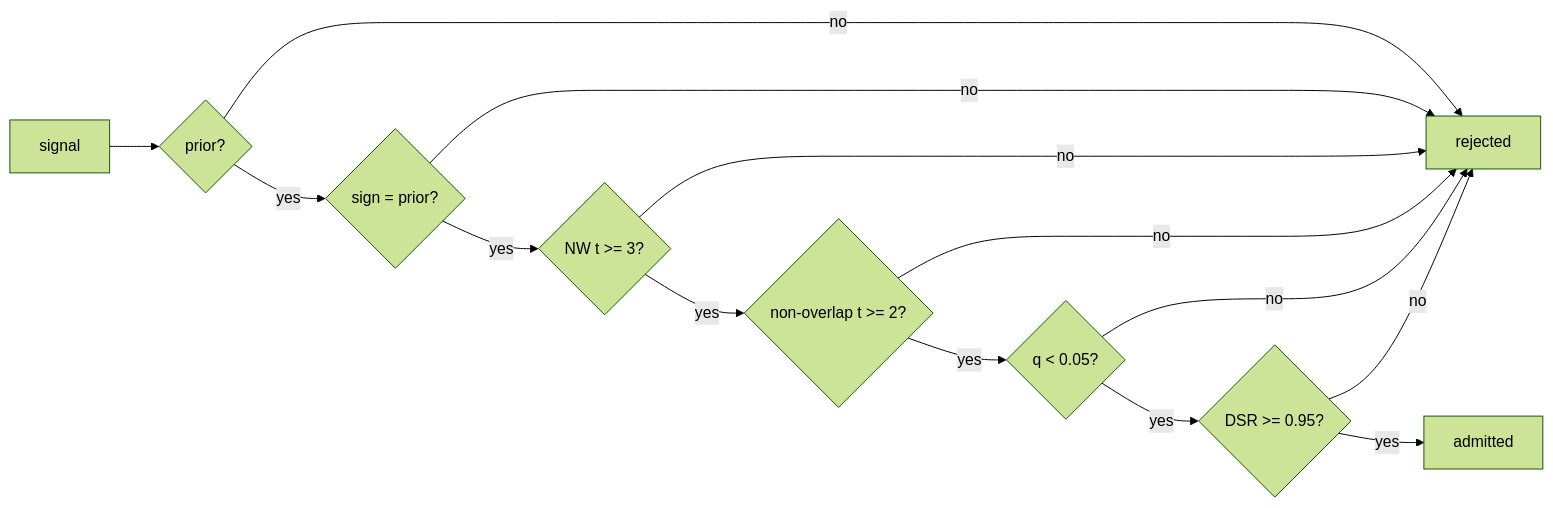
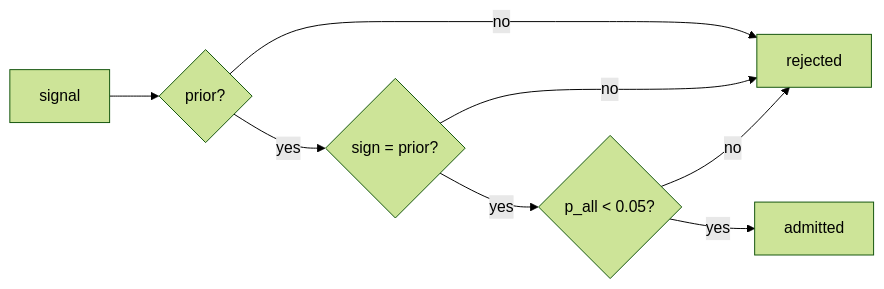
One commit to qlemoal/quant_alpha_lab changed the first of 3 diagrams in docs/selection.md. Above: the diagram before and after it, drawn with Mermaid (forest theme). The commit also changed other lines of this file and 55 other files, not shown here.

````diff
--- a/docs/selection.md
+++ b/docs/selection.md
@@ -15,16 +15,10 @@
 ```mermaid
 flowchart LR
     S[signal] --> G1{prior?}
     G1 -- no --> X[rejected]
     G1 -- yes --> G2{sign = prior?}
     G2 -- no --> X
-    G2 -- yes --> G3{NW t >= 3?}
+    G2 -- yes --> G3{p_all < 0.05?}
     G3 -- no --> X
-    G3 -- yes --> G4{non-overlap t >= 2?}
-    G4 -- no --> X
-    G4 -- yes --> G5{q < 0.05?}
-    G5 -- no --> X
-    G5 -- yes --> G6{DSR >= 0.95?}
-    G6 -- no --> X
-    G6 -- yes --> A[admitted]
+    G3 -- yes --> A[admitted]
 ```
````
